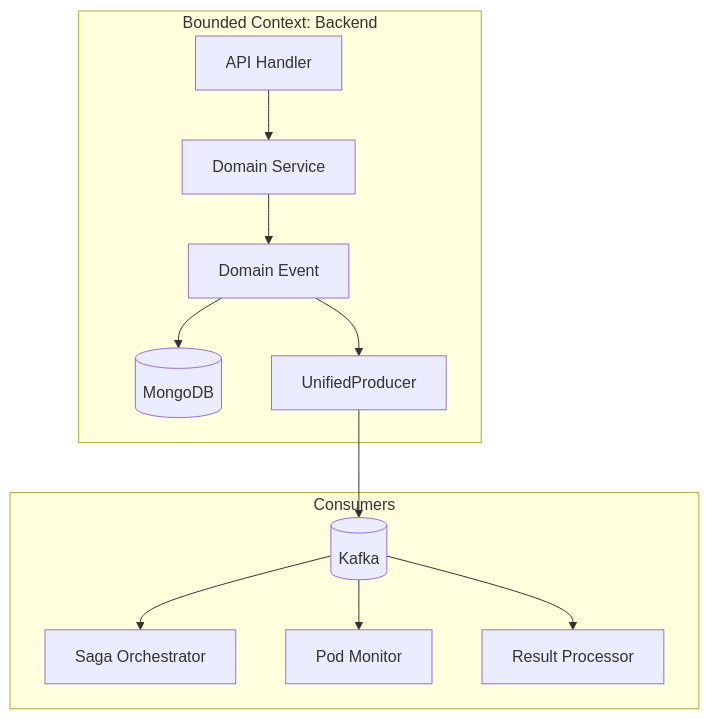
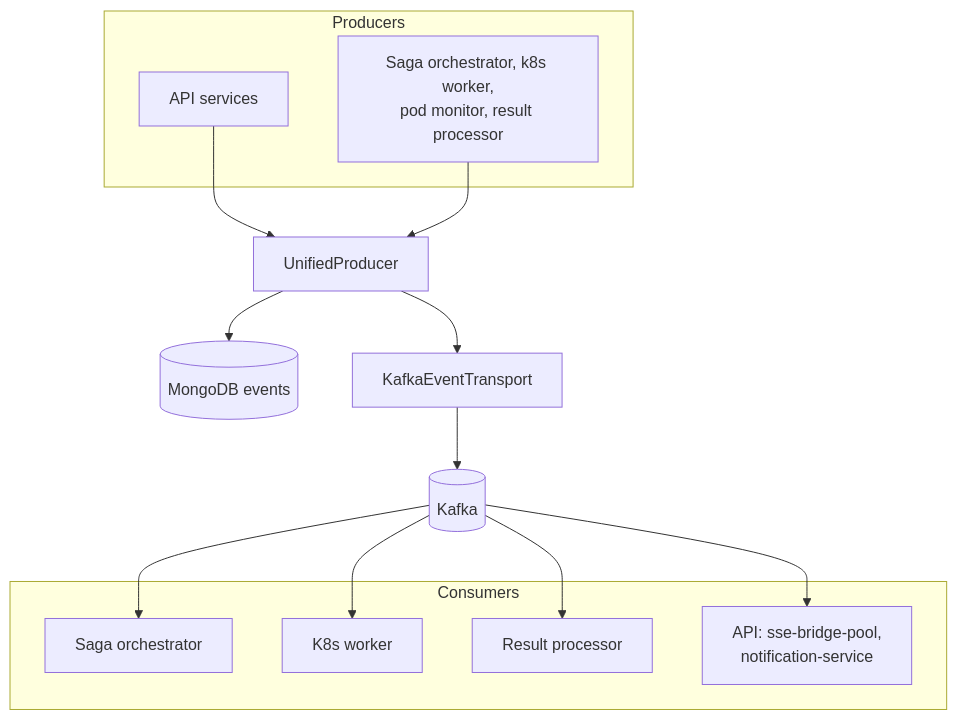
One commit to HardMax71/Integr8sCode changed the third of 3 diagrams in docs/architecture/event-system-design.md. Above: the diagram before and after it, drawn with Mermaid. The commit also changed other lines of this file and 304 other files, not shown here.

````diff
--- a/docs/architecture/event-system-design.md
+++ b/docs/architecture/event-system-design.md
@@ -145,17 +84,24 @@
 ```mermaid
 graph TB
-    subgraph "Bounded Context: Backend"
-        API[API Handler] --> DS[Domain Service]
-        DS --> DomainEvent[Domain Event]
-        DomainEvent --> MongoDB[(MongoDB)]
-        DomainEvent --> Producer[UnifiedProducer]
+    subgraph Producers
+        API[API services]
+        Workers[Saga orchestrator, k8s worker,<br/>pod monitor, result processor]
     end
 
-    Producer --> Kafka[(Kafka)]
+    API --> Producer[UnifiedProducer]
+    Workers --> Producer
+    Producer --> MongoDB[(MongoDB events)]
+    Producer --> Transport[KafkaEventTransport] --> Kafka[(Kafka)]
 
-    subgraph "Consumers"
-        Kafka --> Worker1[Saga Orchestrator]
-        Kafka --> Worker2[Pod Monitor]
-        Kafka --> Worker3[Result Processor]
+    subgraph Consumers
+        Saga[Saga orchestrator]
+        K8s[K8s worker]
+        Result[Result processor]
+        APIc["API: sse-bridge-pool,<br/>notification-service"]
     end
+
+    Kafka --> Saga
+    Kafka --> K8s
+    Kafka --> Result
+    Kafka --> APIc
 ```
````
